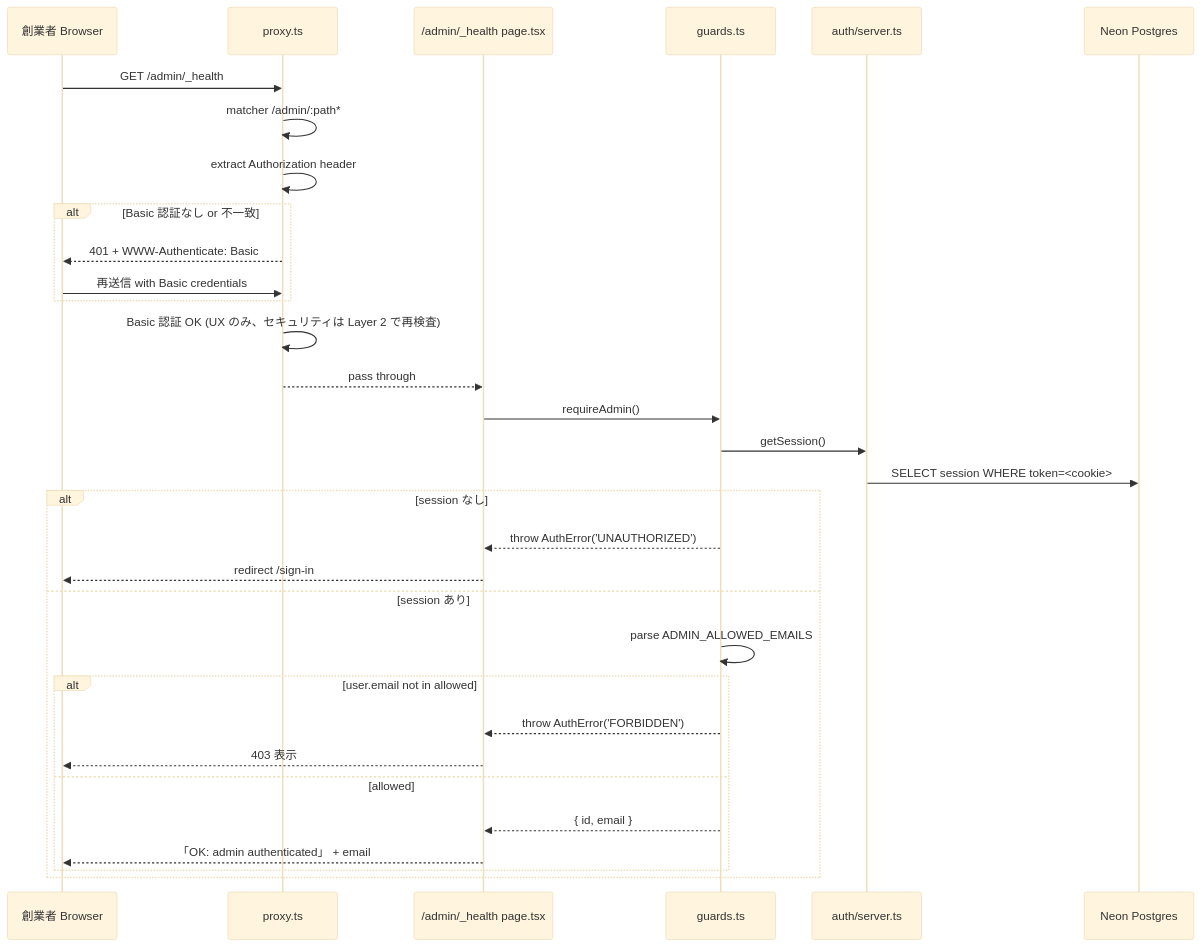
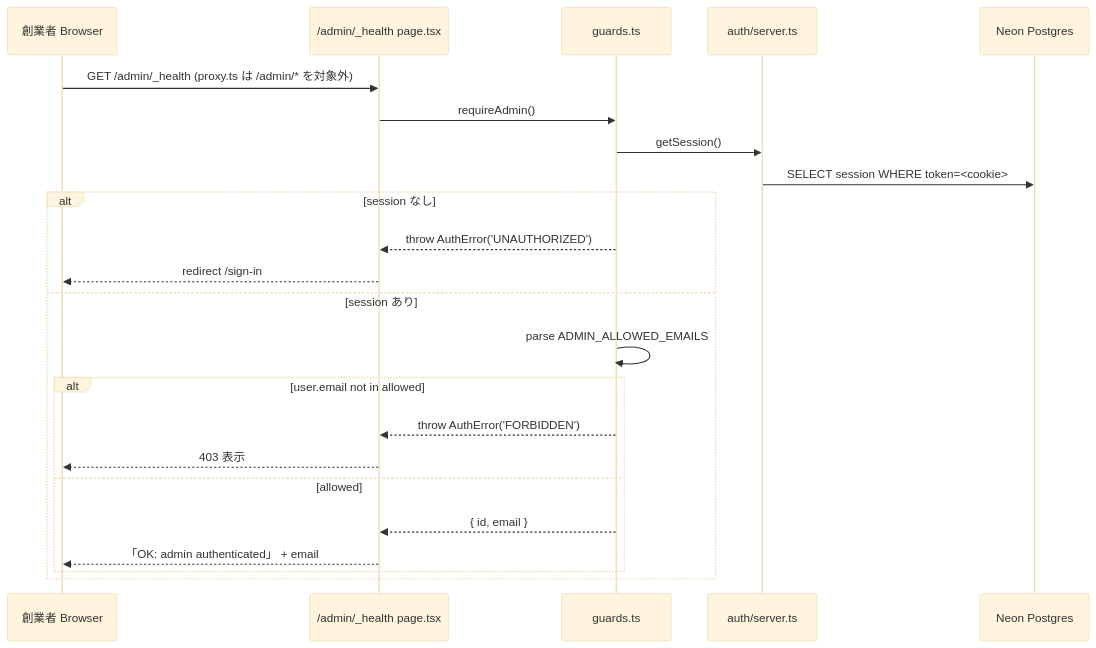
The third of 4 diagrams in .kiro/specs/authentication/design.md (nonnta-ww/bulr-app-mvp), drawn with Mermaid (base theme) before and after one commit. The commit also changed other lines of this file and 30 other files, not shown here.

First line of the commit message:
refactor(auth): drop Basic auth from /admin/* in favor of ADMIN_ALLOWED_EMAILS-only check

````diff
--- a/.kiro/specs/authentication/design.md
+++ b/.kiro/specs/authentication/design.md
@@ -347,35 +346,26 @@
 ```mermaid
 sequenceDiagram
     participant U as 創業者 Browser
-    participant P as proxy.ts
     participant H as /admin/_health page.tsx
     participant G as guards.ts
     participant Srv as auth/server.ts
     participant DB as Neon Postgres
 
-    U->>P: GET /admin/_health
-    P->>P: matcher /admin/:path*
-    P->>P: extract Authorization header
-    alt Basic 認証なし or 不一致
-        P-->>U: 401 + WWW-Authenticate: Basic
-        U->>P: 再送信 with Basic credentials
-    end
-    P->>P: Basic 認証 OK (UX のみ、セキュリティは Layer 2 で再検査)
-    P-->>H: pass through
+    U->>H: GET /admin/_health (proxy.ts は /admin/* を対象外)
     H->>G: requireAdmin()
     G->>Srv: getSession()
     Srv->>DB: SELECT session WHERE token=<cookie>
     alt session なし
         G-->>H: throw AuthError('UNAUTHORIZED')
         H-->>U: redirect /sign-in
     else session あり
         G->>G: parse ADMIN_ALLOWED_EMAILS
         alt user.email not in allowed
             G-->>H: throw AuthError('FORBIDDEN')
             H-->>U: 403 表示
         else allowed
             G-->>H: { id, email }
             H-->>U: 「OK: admin authenticated」 + email
         end
     end
 ```
````
